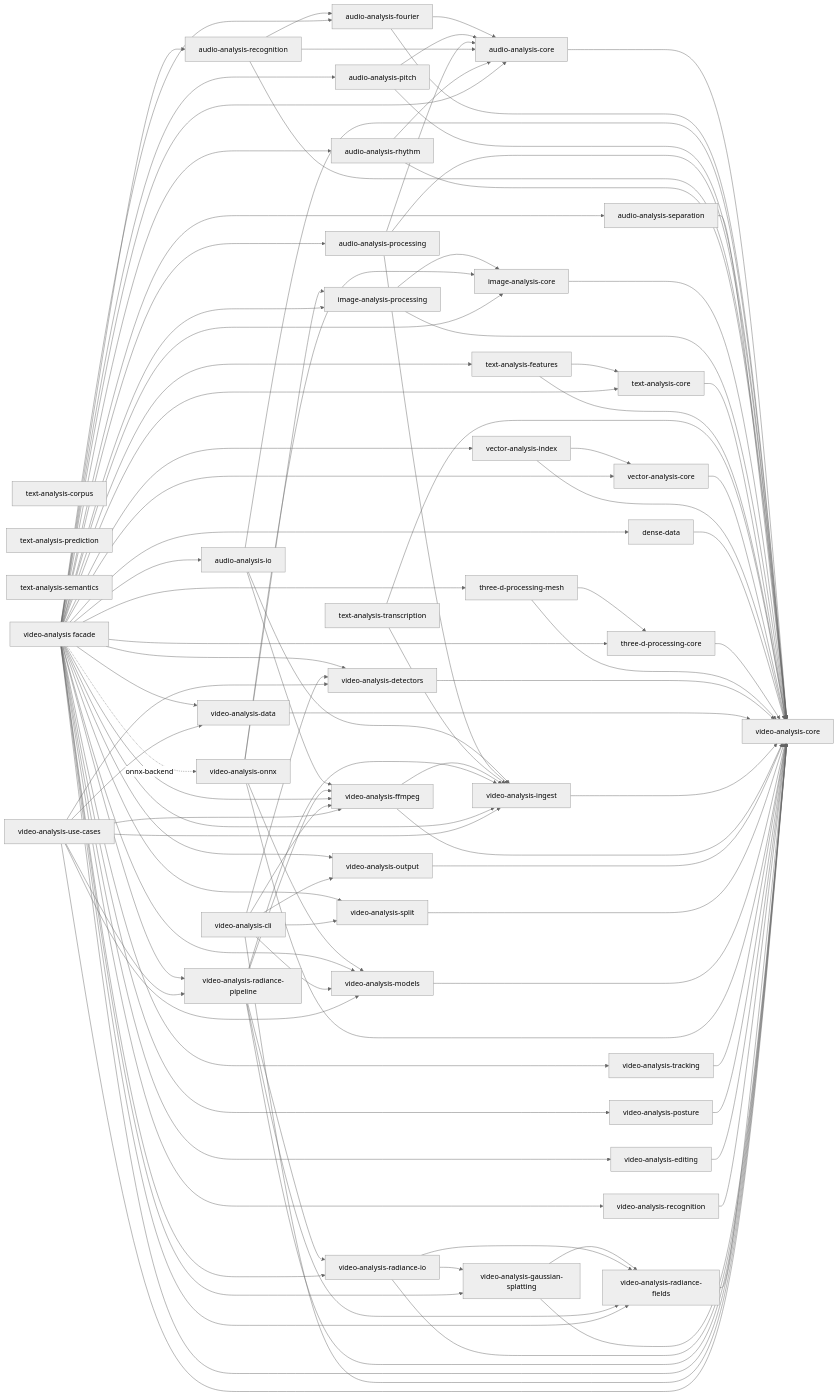
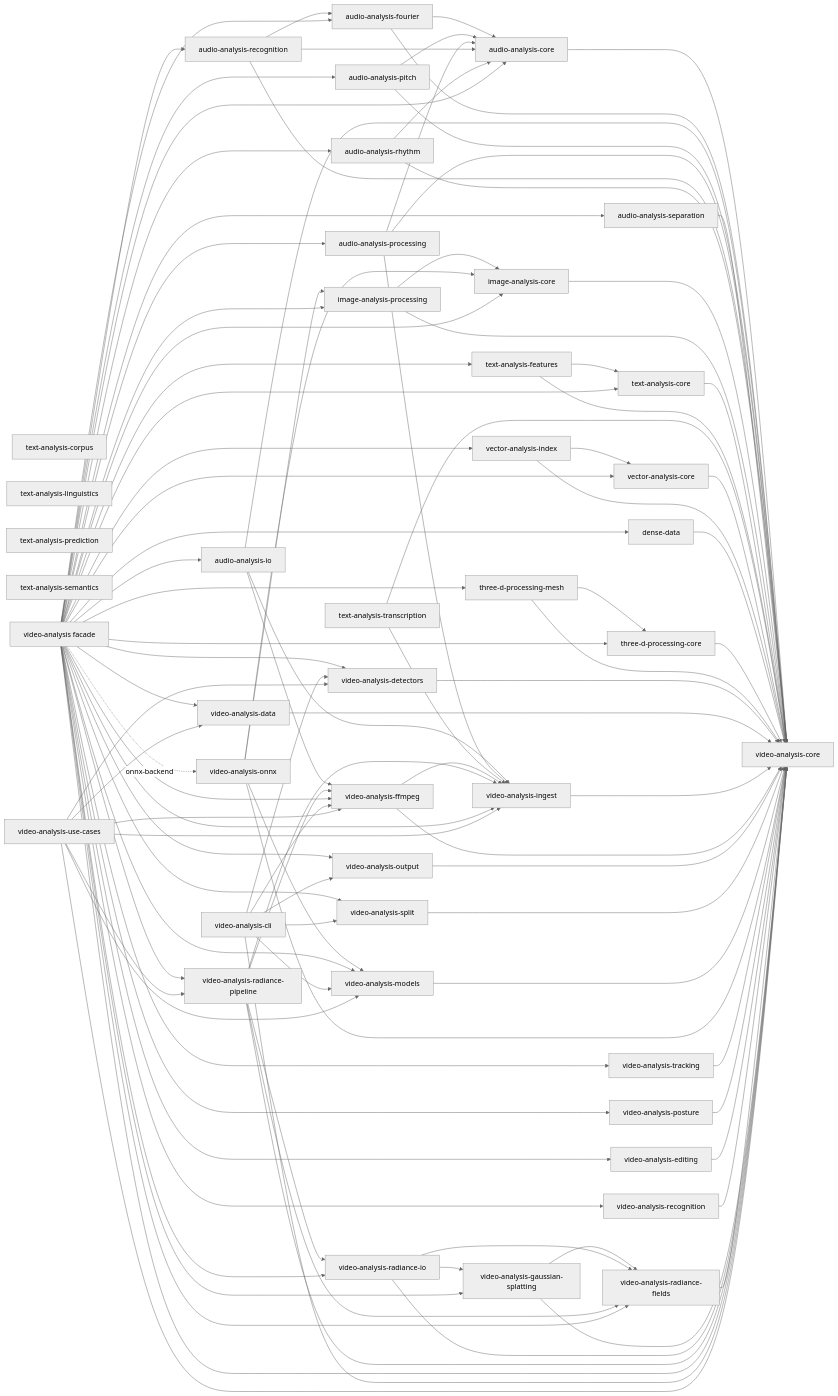
The diagram in README.md (moritzbrantner/rust-packages), drawn with Mermaid (neutral theme) before and after one commit. The commit also changed other lines of this file and 9 other files, not shown here.

First line of the commit message:
Add linguistics analysis crate to the workspace

```diff
--- a/README.md
+++ b/README.md
@@ -308,6 +312,7 @@
     textcorpus[text-analysis-corpus]
     textcore[text-analysis-core]
     textfeatures[text-analysis-features]
+    textlinguistics[text-analysis-linguistics]
     textprediction[text-analysis-prediction]
     textsemantics[text-analysis-semantics]
     texttranscription[text-analysis-transcription]
```
